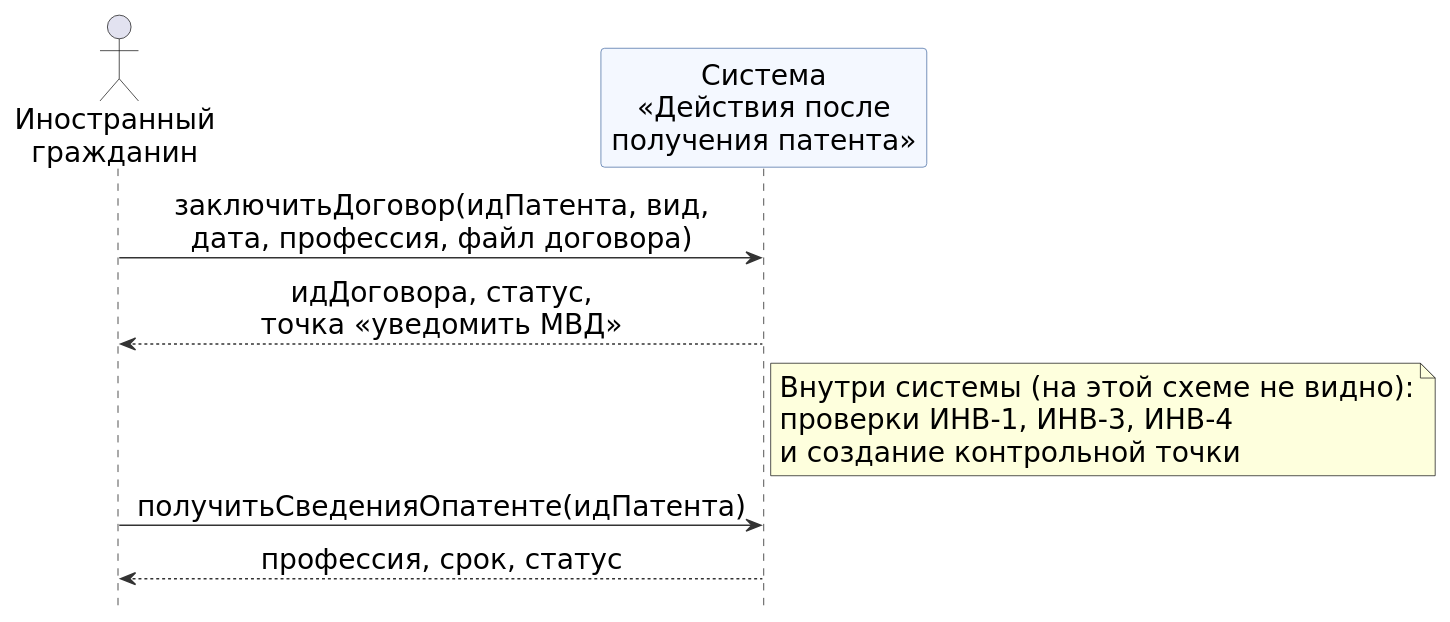
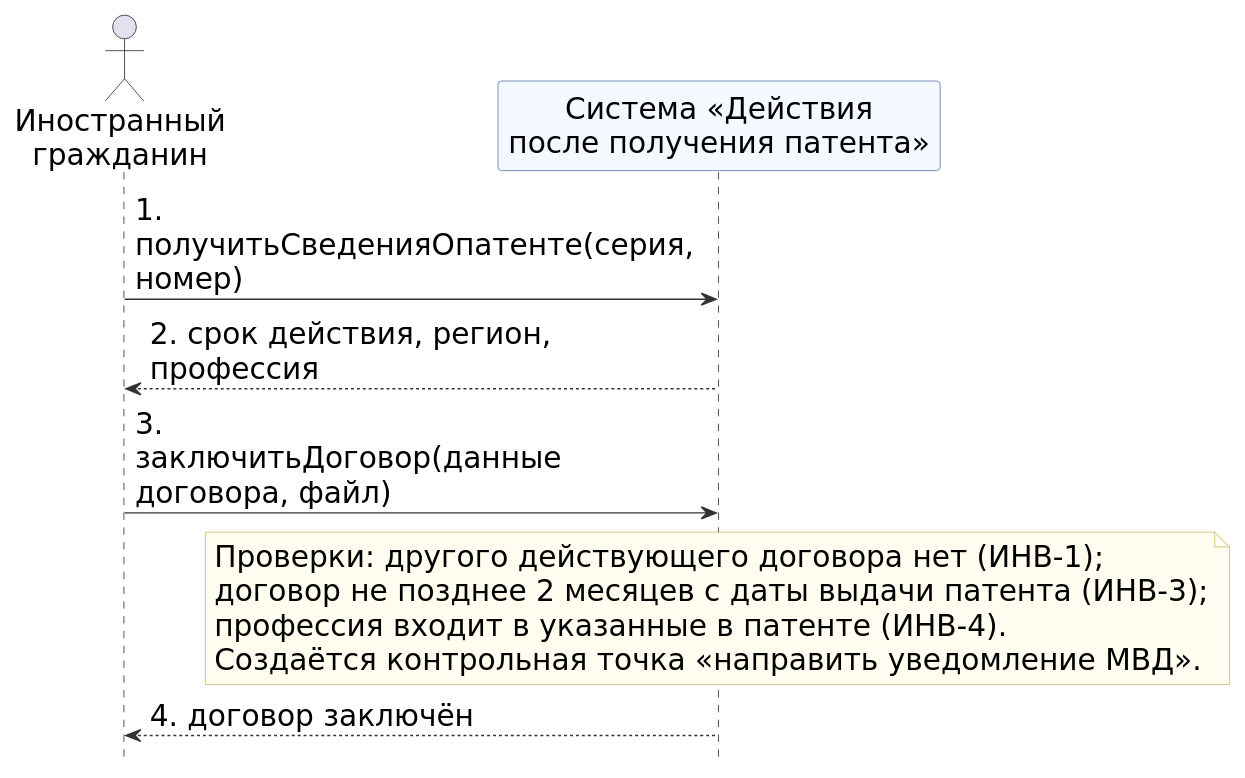
The diagram in tsu/5sem/Функциональное моделирование систем/_архив/книга/src/l3-ssd-dogovor.puml (mflkee/study), drawn with PlantUML before and after one commit. The commit also changed 2622 other files, not shown here.

Commit message:
ФМС: отчёт/слайды/книжка/речь/шпаргалка под ядро темы 7, 23 диаграммы, скрипты сборки

```diff
--- a/tsu/5sem/Функциональное моделирование систем/_архив/книга/src/l3-ssd-dogovor.puml
+++ b/tsu/5sem/Функциональное моделирование систем/_архив/книга/src/l3-ssd-dogovor.puml
@@ -1,24 +1,28 @@
 @startuml
-' SSD: основной сценарий П02 «заключить договор» (лаб. 3)
+' Упрощённая системная диаграмма последовательностей (SSD, «чёрный ящик») для книжки
 skinparam defaultFontName "DejaVu Sans"
 skinparam shadowing false
-skinparam defaultFontSize 19
-skinparam sequenceMessageAlign center
-skinparam ArrowColor #333333
+skinparam defaultFontSize 20
+skinparam sequenceMessageAlign left
+skinparam maxMessageSize 300
 skinparam ParticipantBackgroundColor #F4F8FF
 skinparam ParticipantBorderColor #4A6FA5
+skinparam ArrowColor #333333
+skinparam NoteBackgroundColor #FFFDF0
+skinparam NoteBorderColor #C9B458
 hide footbox
 
 actor "Иностранный\nгражданин" as IG
-participant "Система\n«Действия после\nполучения патента»" as S
+participant "Система «Действия\nпосле получения патента»" as SYS
 
-IG -> S : заключитьДоговор(идПатента, вид,\nдата, профессия, файл договора)
-S --> IG : идДоговора, статус,\nточка «уведомить МВД»
-note right of S
-  Внутри системы (на этой схеме не видно):
-  проверки ИНВ-1, ИНВ-3, ИНВ-4
-  и создание контрольной точки
+IG -> SYS : 1. получитьСведенияОпатенте(серия, номер)
+SYS --> IG : 2. срок действия, регион, профессия
+IG -> SYS : 3. заключитьДоговор(данные договора, файл)
+note over SYS
+  Проверки: другого действующего договора нет (ИНВ-1);
+  договор не позднее 2 месяцев с даты выдачи патента (ИНВ-3);
+  профессия входит в указанные в патенте (ИНВ-4).
+  Создаётся контрольная точка «направить уведомление МВД».
 end note
-IG -> S : получитьСведенияОпатенте(идПатента)
-S --> IG : профессия, срок, статус
+SYS --> IG : 4. договор заключён
 @enduml
```
